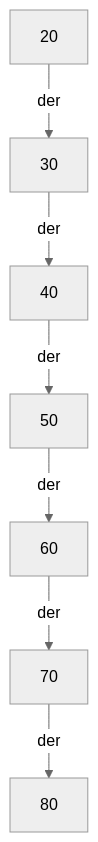
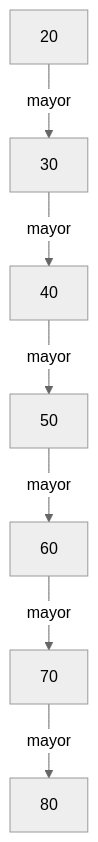
One commit to santiagoSuarez219/nodo-edu changed the second of 2 diagrams in content/cursos/estructuras-de-datos/bst-busqueda-e-insercion.mdx. Above: the diagram before and after it, drawn with Mermaid (neutral theme). The commit also changed other lines of this file and 1 other file, not shown here.

Commit message:
content(estructuras-de-datos): apply review fixes to week 15 T1 BST lesson
Correct the claim about inserting a thousand values from the median outwards
(it gives height 500; choosing the median of each half gives height 9), tighten
three sentences, and label the degenerate tree edges as greater, matching the
first diagram. Clarify the info.md pending items and record the review in the
week 15 log.

Claude-Session: https://claude.ai/code/session_01UULNdakS56nZDrR3Z9n2mU

````diff
--- a/content/cursos/estructuras-de-datos/bst-busqueda-e-insercion.mdx
+++ b/content/cursos/estructuras-de-datos/bst-busqueda-e-insercion.mdx
@@ -256,9 +256,9 @@
 ```mermaid
 flowchart TB
-  n20["20"] -->|"der"| n30["30"]
-  n30 -->|"der"| n40["40"]
-  n40 -->|"der"| n50["50"]
-  n50 -->|"der"| n60["60"]
-  n60 -->|"der"| n70["70"]
-  n70 -->|"der"| n80["80"]
+  n20["20"] -->|"mayor"| n30["30"]
+  n30 -->|"mayor"| n40["40"]
+  n40 -->|"mayor"| n50["50"]
+  n50 -->|"mayor"| n60["60"]
+  n60 -->|"mayor"| n70["70"]
+  n70 -->|"mayor"| n80["80"]
 ```
````
